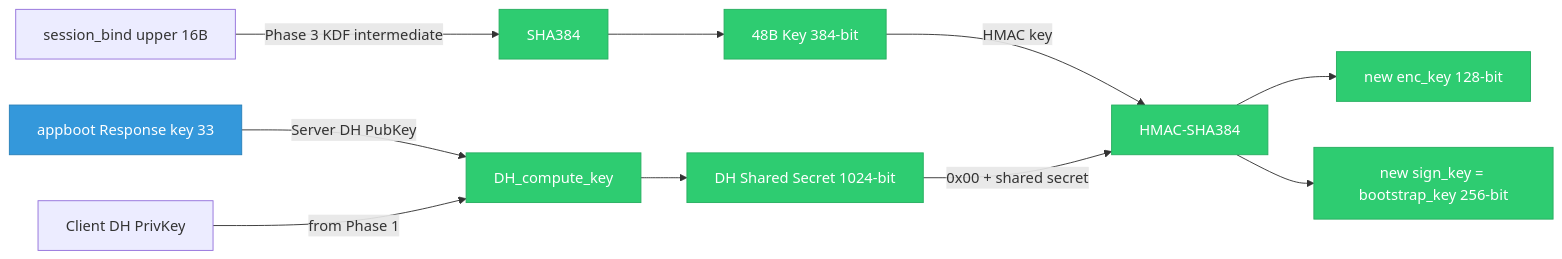
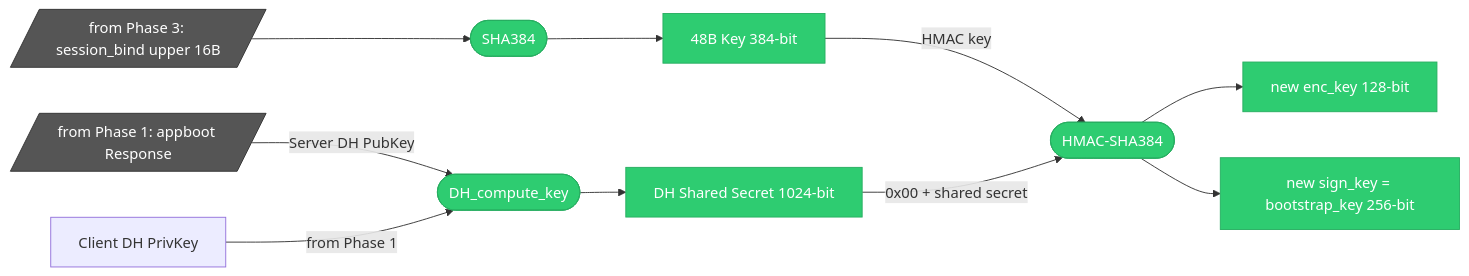
Before and after one commit to qtmleap/revkit: the third of 9 diagrams in docs/spec/msl_key_relationship.md, drawn with Mermaid. The commit also changed other lines of this file, not shown here.

First line of the commit message:
docs(spec): Mermaid 図の記法を統一

````diff
--- a/docs/spec/msl_key_relationship.md
+++ b/docs/spec/msl_key_relationship.md
@@ -65,21 +68,22 @@
 ```mermaid
 graph LR
-    DH_RESP["appboot Response key 33"] -->|Server DH PubKey| DH_COMPUTE["DH_compute_key"]
-    DH_PRIV["Client DH PrivKey"] -->|from Phase 1| DH_COMPUTE
-    DH_COMPUTE --> DH_SHARED["DH Shared Secret 1024-bit"]
-    SB_IN["session_bind upper 16B"] -->|Phase 3 KDF intermediate| SHA384_OP["SHA384"]
-    SHA384_OP --> KEY48["48B Key 384-bit"]
-    KEY48 -->|HMAC key| PHASE2_KDF["HMAC-SHA384"]
-    DH_SHARED -->|0x00 + shared secret| PHASE2_KDF
-    PHASE2_KDF --> NEW_ENC["new enc_key 128-bit"]
-    PHASE2_KDF --> NEW_SIGN["new sign_key = bootstrap_key 256-bit"]
+    FROM_P1[/"from Phase 1: appboot Response"/] -->|Server DH PubKey| OP_DH(["DH_compute_key"])
+    DH_PRIV["Client DH PrivKey"] -->|from Phase 1| OP_DH
+    OP_DH --> DH_SHARED["DH Shared Secret 1024-bit"]
+    FROM_P3[/"from Phase 3: session_bind upper 16B"/] --> OP_SHA2(["SHA384"])
+    OP_SHA2 --> KEY48["48B Key 384-bit"]
+    KEY48 -->|HMAC key| OP_HMAC(["HMAC-SHA384"])
+    DH_SHARED -->|0x00 + shared secret| OP_HMAC
+    OP_HMAC --> NEW_ENC["new enc_key 128-bit"]
+    OP_HMAC --> NEW_SIGN["new sign_key = bootstrap_key 256-bit"]
 
-    style DH_RESP fill:#3498db,stroke:#2980b9,color:#fff
-    style DH_COMPUTE fill:#2ecc71,stroke:#27ae60,color:#fff
+    style FROM_P1 fill:#555,stroke:#333,color:#fff
+    style FROM_P3 fill:#555,stroke:#333,color:#fff
+    style OP_DH fill:#2ecc71,stroke:#27ae60,color:#fff
     style DH_SHARED fill:#2ecc71,stroke:#27ae60,color:#fff
-    style SHA384_OP fill:#2ecc71,stroke:#27ae60,color:#fff
+    style OP_SHA2 fill:#2ecc71,stroke:#27ae60,color:#fff
     style KEY48 fill:#2ecc71,stroke:#27ae60,color:#fff
-    style PHASE2_KDF fill:#2ecc71,stroke:#27ae60,color:#fff
+    style OP_HMAC fill:#2ecc71,stroke:#27ae60,color:#fff
     style NEW_ENC fill:#2ecc71,stroke:#27ae60,color:#fff
     style NEW_SIGN fill:#2ecc71,stroke:#27ae60,color:#fff
 ```
````
